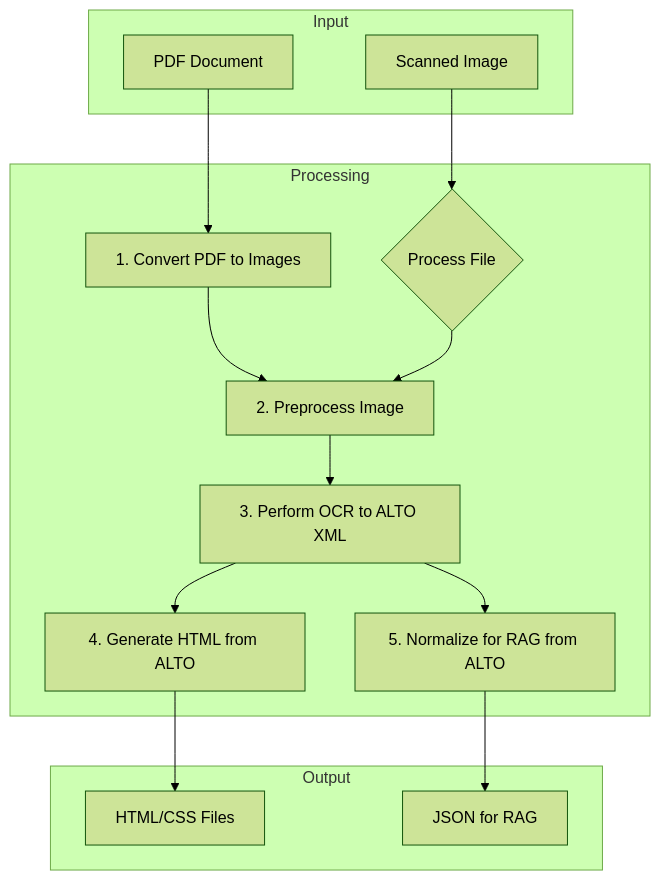
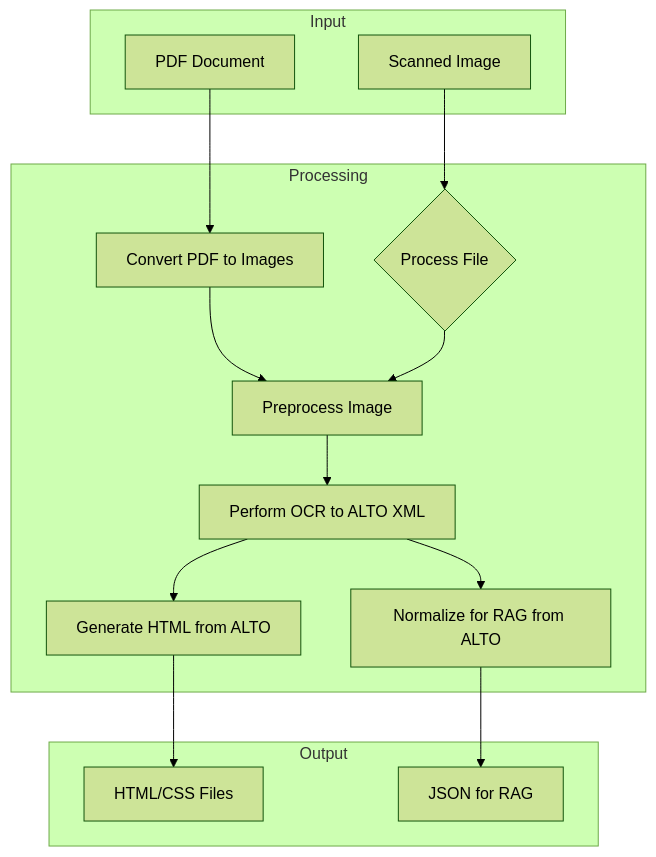
One commit to toxicoder/archive-revive changed the diagram in README.md. Above: the diagram before and after it, drawn with Mermaid (forest theme).

Commit message:
Fix Mermaid diagram rendering in README

````diff
--- a/README.md
+++ b/README.md
@@ -15,31 +15,31 @@
 ```mermaid
 graph TD
     subgraph Input
         A[Scanned Image]
         B[PDF Document]
     end
 
     subgraph Processing
         C{Process File}
-        D[1. Convert PDF to Images]
-        E[2. Preprocess Image]
-        F[3. Perform OCR to ALTO XML]
-        G[4. Generate HTML from ALTO]
-        H[5. Normalize for RAG from ALTO]
+        D[Convert PDF to Images]
+        E[Preprocess Image]
+        F[Perform OCR to ALTO XML]
+        G[Generate HTML from ALTO]
+        H[Normalize for RAG from ALTO]
     end
 
     subgraph Output
         I[HTML/CSS Files]
         J[JSON for RAG]
     end
 
     A --> C;
     B --> D;
     D --> E;
     C --> E;
     E --> F;
     F --> G;
     F --> H;
     G --> I;
     H --> J;
 ```
````
